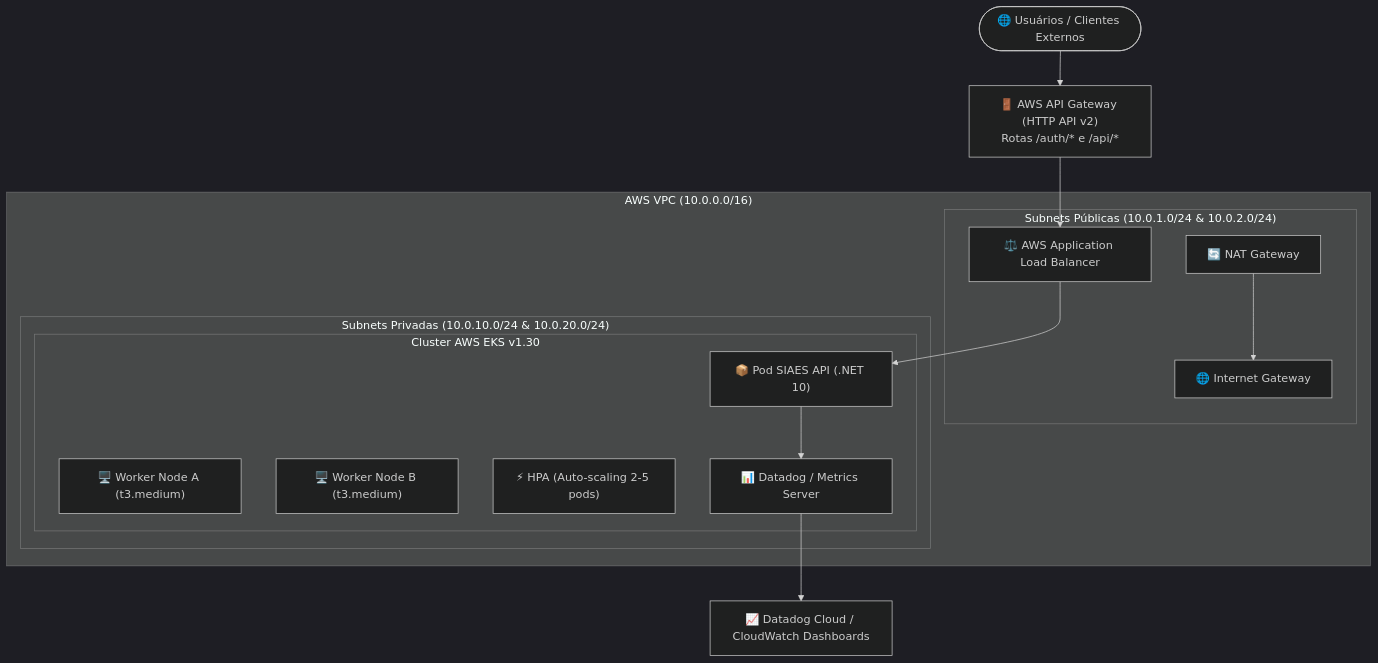
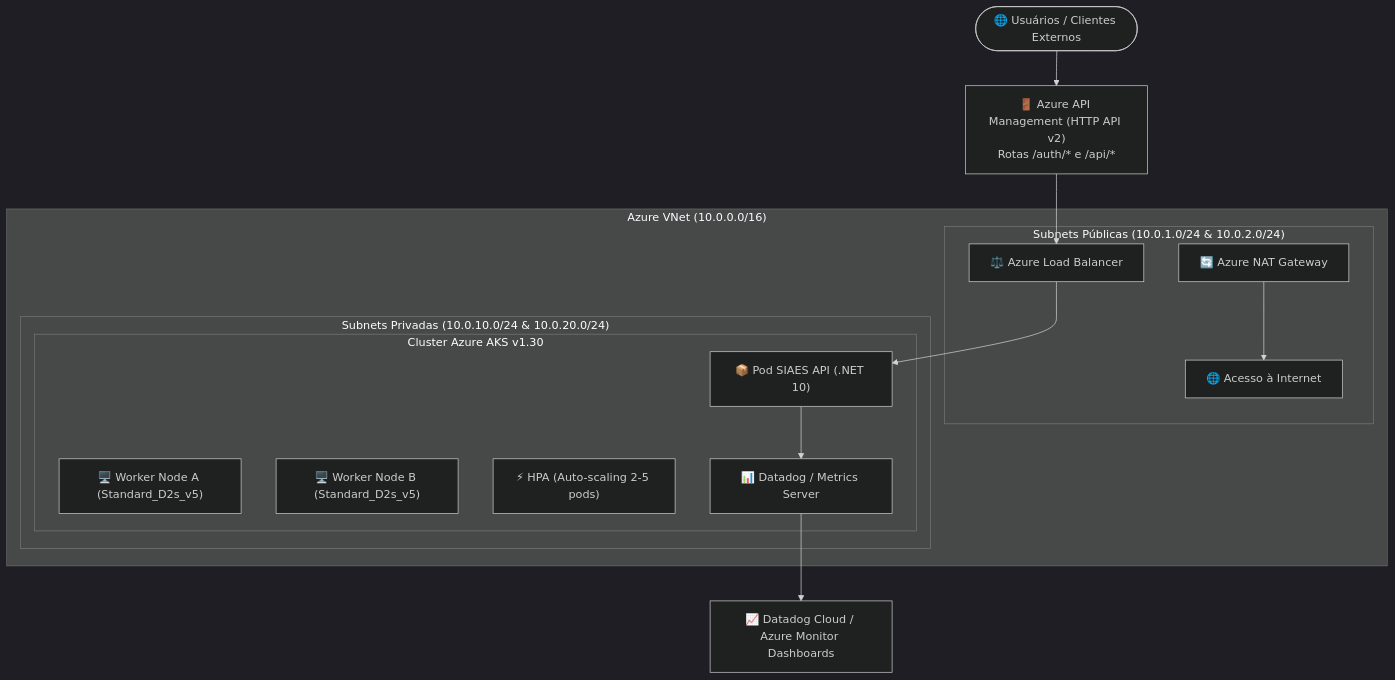
Before and after one commit to dvdalves/FIAP.Tech.Challenge.Infra.Kubernetes: the diagram in README.md, drawn with Mermaid (dark theme). The commit also changed other lines of this file and 12 other files, not shown here.

````diff
--- a/README.md
+++ b/README.md
@@ -61,29 +61,29 @@
 ```mermaid
 graph TD
-    Internet(["🌐 Usuários / Clientes Externos"]) --> APIGW["🚪 AWS API Gateway (HTTP API v2)<br/>Rotas /auth/* e /api/*"]
+    Internet(["🌐 Usuários / Clientes Externos"]) --> APIGW["🚪 Azure API Management (HTTP API v2)<br/>Rotas /auth/* e /api/*"]
     
-    subgraph VPC ["AWS VPC (10.0.0.0/16)"]
+    subgraph VNet ["Azure VNet (10.0.0.0/16)"]
         subgraph PublicSubnets ["Subnets Públicas (10.0.1.0/24 & 10.0.2.0/24)"]
-            IGW["🌐 Internet Gateway"]
-            NAT["🔄 NAT Gateway"]
-            ALB["⚖️ AWS Application Load Balancer"]
+            InternetAccess["🌐 Acesso à Internet"]
+            NAT["🔄 Azure NAT Gateway"]
+            ApplicationGateway["⚖️ Azure Load Balancer"]
         end
 
         subgraph PrivateSubnets ["Subnets Privadas (10.0.10.0/24 & 10.0.20.0/24)"]
-            subgraph EKSCluster ["Cluster AWS EKS v1.30"]
-                Node1["🖥️ Worker Node A (t3.medium)"]
-                Node2["🖥️ Worker Node B (t3.medium)"]
+            subgraph AKSCluster ["Cluster Azure AKS v1.30"]
+                Node1["🖥️ Worker Node A (Standard_D2s_v5)"]
+                Node2["🖥️ Worker Node B (Standard_D2s_v5)"]
                 
                 PodAPI["📦 Pod SIAES API (.NET 10)"]
                 PodHPA["⚡ HPA (Auto-scaling 2-5 pods)"]
                 PodDD["📊 Datadog / Metrics Server"]
             end
         end
     end
 
-    APIGW --> ALB
-    ALB --> PodAPI
-    NAT --> IGW
+    APIGW --> ApplicationGateway
+    ApplicationGateway --> PodAPI
+    NAT --> InternetAccess
     PodAPI --> PodDD
-    PodDD --> DatadogCloud["📈 Datadog Cloud / CloudWatch Dashboards"]
+    PodDD --> DatadogCloud["📈 Datadog Cloud / Azure Monitor Dashboards"]
 ```
````
